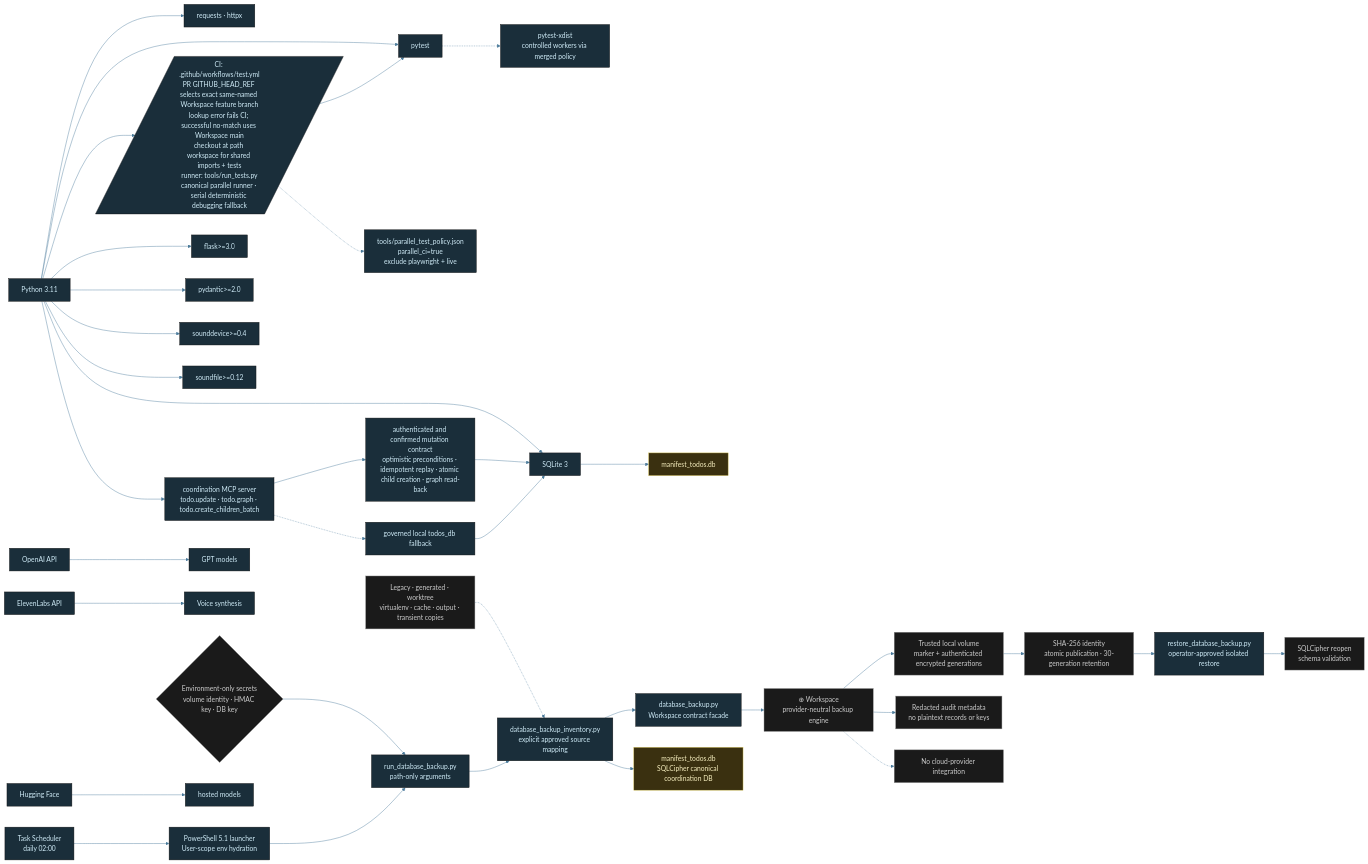
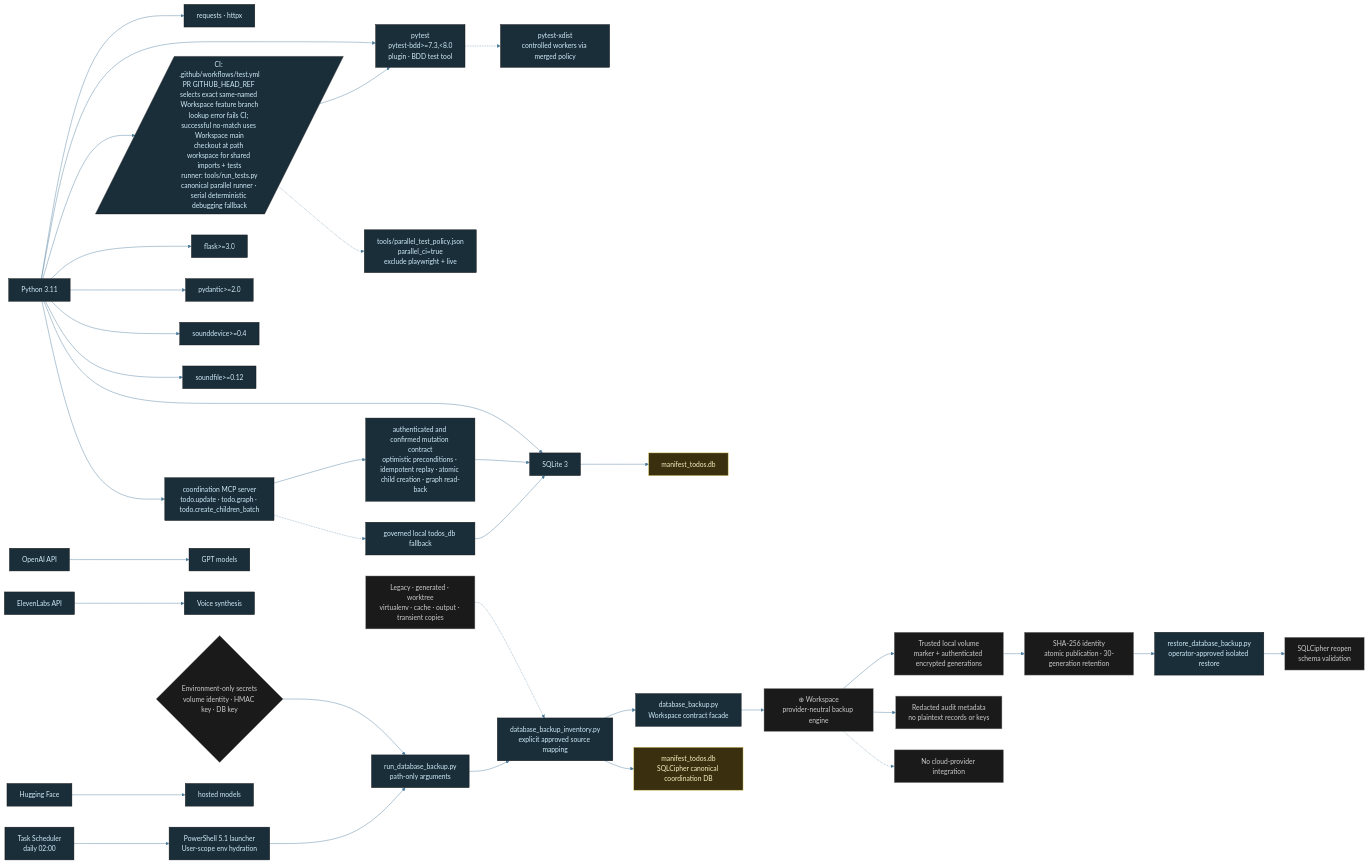
Before and after one commit to tylerdrakemusic/AI-Manifest: the diagram in diagrams/manifest-tech-stack.mmd, drawn with Mermaid.

Commit message:
👁 manifest: document pytest-bdd stack

```diff
--- a/diagrams/manifest-tech-stack.mmd
+++ b/diagrams/manifest-tech-stack.mmd
@@ -1,58 +1,58 @@
 %%{init: {'theme': 'base', 'themeVariables': {'primaryColor': '#1a2e3a', 'primaryTextColor': '#d0ecf8', 'edgeLabelBackground': '#0f1318', 'lineColor': '#4a7a9a'}}}%%
 graph LR
     Python[Python 3.11] --> Requests[requests · httpx]
-    Python --> Pytest[pytest]
+    Python --> Pytest[pytest<br/>pytest-bdd>=7.3,&lt;8.0<br/>plugin · BDD test tool]
     Python --> TestRunner[/CI: .github/workflows/test.yml<br/>PR GITHUB_HEAD_REF selects exact same-named Workspace feature branch<br/>lookup error fails CI; successful no-match uses Workspace main<br/>checkout at path workspace for shared imports + tests<br/>runner: tools/run_tests.py<br/>canonical parallel runner · serial deterministic debugging fallback/]
     TestRunner --> Pytest
     TestRunner -.-> TestPolicy[tools/parallel_test_policy.json<br/>parallel_ci=true<br/>exclude playwright + live]
     Pytest -.-> Xdist[pytest-xdist<br/>controlled workers via merged policy]
     Python --> Flask[flask>=3.0]
     Python --> Pydantic[pydantic>=2.0]
     Python --> Sounddevice[sounddevice>=0.4]
     Python --> Soundfile[soundfile>=0.12]
     Python --> SQLite[SQLite 3]
     SQLite --> TodosDB[manifest_todos.db]
     Python --> CoordinatorMCP[coordination MCP server<br/>todo.update · todo.graph · todo.create_children_batch]
     CoordinatorMCP --> Contract[authenticated and confirmed mutation contract<br/>optimistic preconditions · idempotent replay · atomic child creation · graph read-back]
     Contract --> SQLite
     CoordinatorMCP -.-> LocalFallback[governed local todos_db fallback]
     LocalFallback --> SQLite
     class SQLite lib
     class TodosDB db
     class CoordinatorMCP,Contract,LocalFallback util
     OpenAI[OpenAI API] --> GPT[GPT models]
     ElevenLabs[ElevenLabs API] --> TTS[Voice synthesis]
     HF[Hugging Face] --> Models[hosted models]
     class Python lang
     class OpenAI,ElevenLabs,HF api
     class Requests,Pytest,TestRunner,TestPolicy,Xdist,Flask,Pydantic,Sounddevice,Soundfile,GPT,TTS,Models lib
 
     %% FR-20260816-ai-manifest-database-backup-restore
     BackupFacade[database_backup.py<br/>Workspace contract facade] --> BackupEngine[⊕ Workspace<br/>provider-neutral backup engine]
     BackupInventory[database_backup_inventory.py<br/>explicit approved source mapping] --> BackupFacade
     BackupInventory --> ManifestTodoDB[manifest_todos.db<br/>SQLCipher canonical coordination DB]
     BackupLauncher[PowerShell 5.1 launcher<br/>User-scope env hydration] --> BackupRunner[run_database_backup.py<br/>path-only arguments]
     BackupTask[Task Scheduler<br/>daily 02:00] --> BackupLauncher
     BackupRunner --> BackupInventory
     BackupSecrets{Environment-only secrets<br/>volume identity · HMAC key · DB key} --> BackupRunner
     BackupEngine --> BackupStorage[Trusted local volume<br/>marker + authenticated encrypted generations]
     BackupStorage --> BackupIntegrity[SHA-256 identity<br/>atomic publication · 30-generation retention]
     RestoreTool[restore_database_backup.py<br/>operator-approved isolated restore] --> RestoreCheck[SQLCipher reopen<br/>schema validation]
     BackupIntegrity --> RestoreTool
     BackupEngine --> Audit[Redacted audit metadata<br/>no plaintext records or keys]
     BackupEngine -.-> NoCloud[No cloud-provider integration]
     BackupExclusions[Legacy · generated · worktree<br/>virtualenv · cache · output · transient copies] -.-> BackupInventory
     class BackupFacade,BackupInventory,BackupLauncher,BackupRunner,BackupTask,RestoreTool util
     class BackupEngine,BackupStorage,BackupIntegrity,Audit state
     class ManifestTodoDB db
     class BackupSecrets,NoCloud,BackupExclusions,RestoreCheck state
 
 classDef life     fill:#1a2e3a,stroke:#6ab4d4,color:#d0ecf8
 classDef music    fill:#3a1a24,stroke:#d47a8f,color:#f8d0dc
 classDef quantum  fill:#251a3a,stroke:#a07adf,color:#e8d0f8
 classDef manifest fill:#3a2e1a,stroke:#d4a96a,color:#f8ead0
 classDef ws       fill:#1a3a30,stroke:#6ad4b4,color:#d0f8ee
 classDef tyler    fill:#2a1a3a,stroke:#9e4aff,color:#fff
 classDef ext      fill:#3a2020,stroke:#ff7a7a,color:#ffd0d0
 classDef db       fill:#3a3010,stroke:#d4c050,color:#f8f0c0
 classDef state    fill:#1a1a1a,stroke:#888888,color:#cccccc
```
